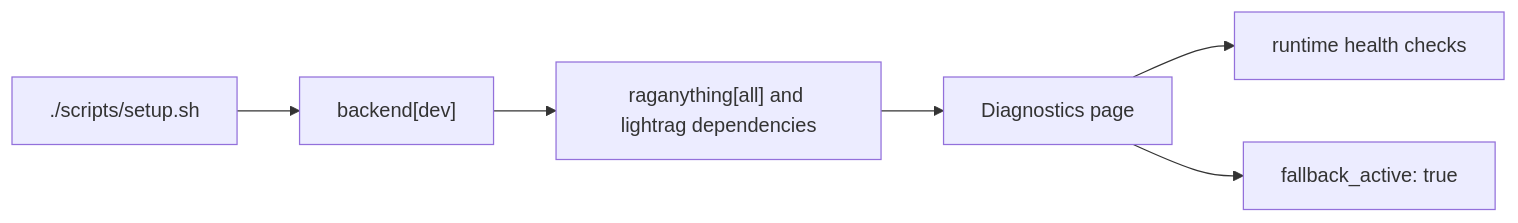
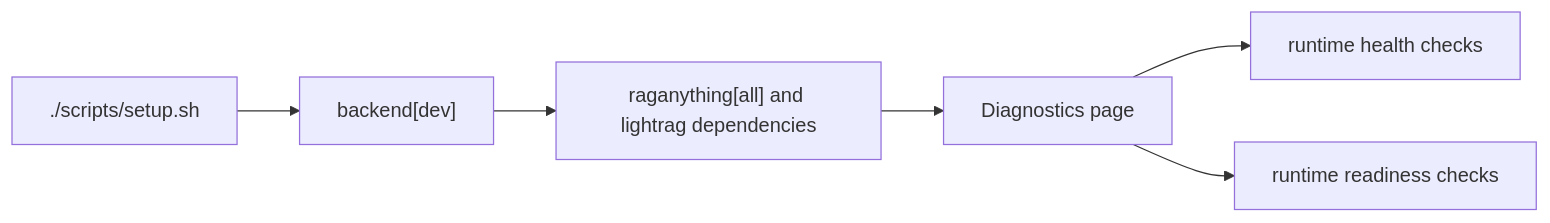
One commit to jihadajUAEU/Ragstudio changed the first of 4 diagrams in docs/workflows.md. Above: the diagram before and after it, drawn with Mermaid. The commit also changed other lines of this file and 64 other files, not shown here.

Commit message:
feat: enforce mineru postgres retrieval architecture

````diff
--- a/docs/workflows.md
+++ b/docs/workflows.md
@@ -39,8 +41,8 @@
 ```mermaid
 flowchart LR
   setup["./scripts/setup.sh"] --> deps["backend[dev]"]
   deps --> package["raganything[all] and lightrag dependencies"]
   package --> diagnostics["Diagnostics page"]
   diagnostics --> ready["runtime health checks"]
-  diagnostics --> fallback["fallback_active: true"]
+  diagnostics --> readiness["runtime readiness checks"]
 ```
````
